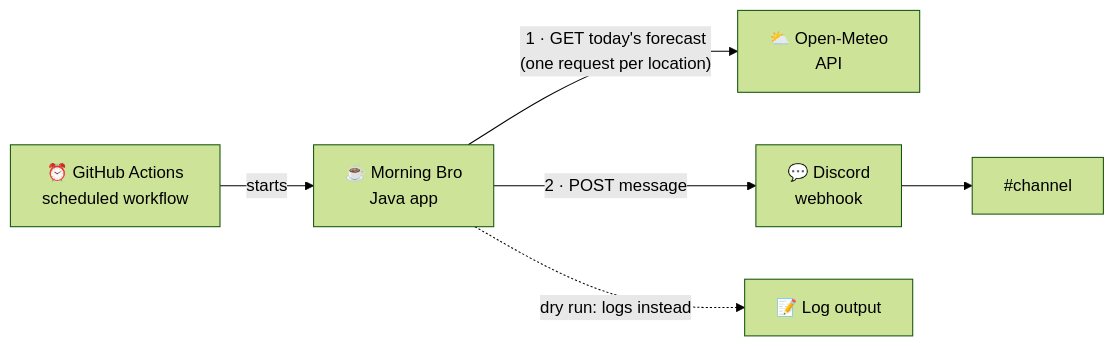
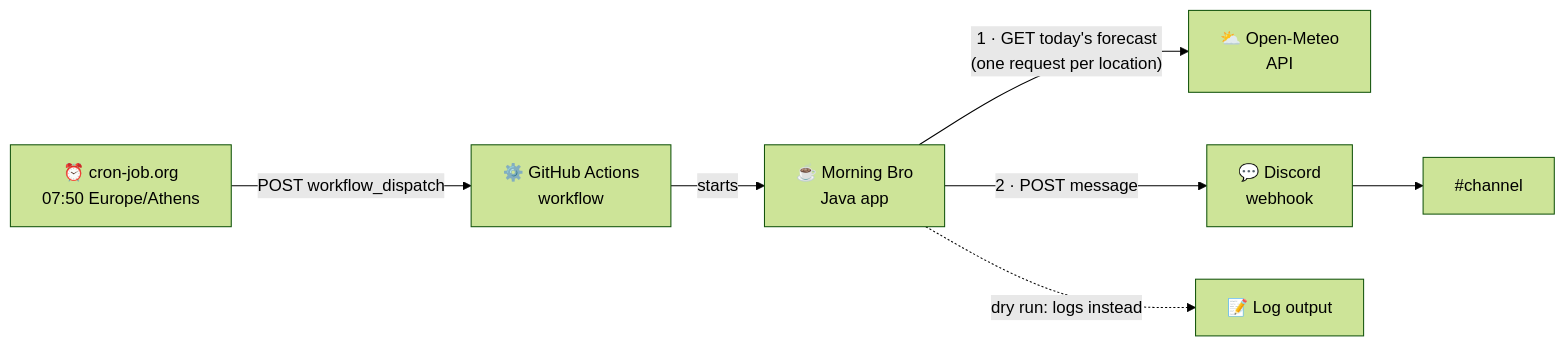
Before and after one commit to lefpap/morning-bro: the diagram in docs/architecture.md, drawn with Mermaid (forest theme). The commit also changed other lines of this file and 4 other files, not shown here.

Commit message:
fix(#06): trigger daily run from cron-job.org (#8)

````diff
--- a/docs/architecture.md
+++ b/docs/architecture.md
@@ -9,8 +9,9 @@
 ```mermaid
 flowchart LR
-    GHA["⏰ GitHub Actions<br/>scheduled workflow"] -->|starts| MB["☕ Morning Bro<br/>Java app"]
+    CRON["⏰ cron-job.org<br/>07:50 Europe/Athens"] -->|"POST workflow_dispatch"| GHA["⚙️ GitHub Actions<br/>workflow"]
+    GHA -->|starts| MB["☕ Morning Bro<br/>Java app"]
     MB -->|"1 · GET today's forecast<br/>(one request per location)"| OM["⛅ Open-Meteo<br/>API"]
     MB -->|"2 · POST message"| DC["💬 Discord<br/>webhook"]
     DC --> CH["#channel"]
     MB -.->|"dry run: logs instead"| LOG["📝 Log output"]
 ```
````
